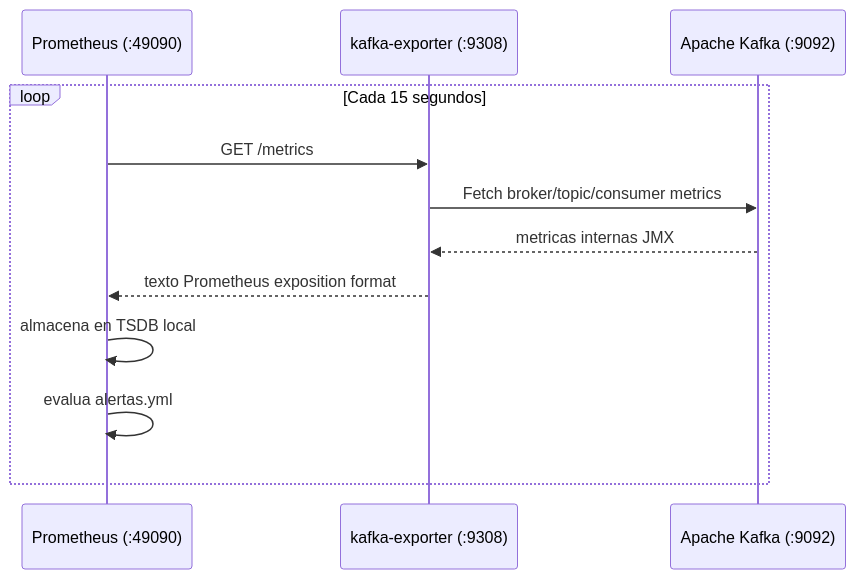
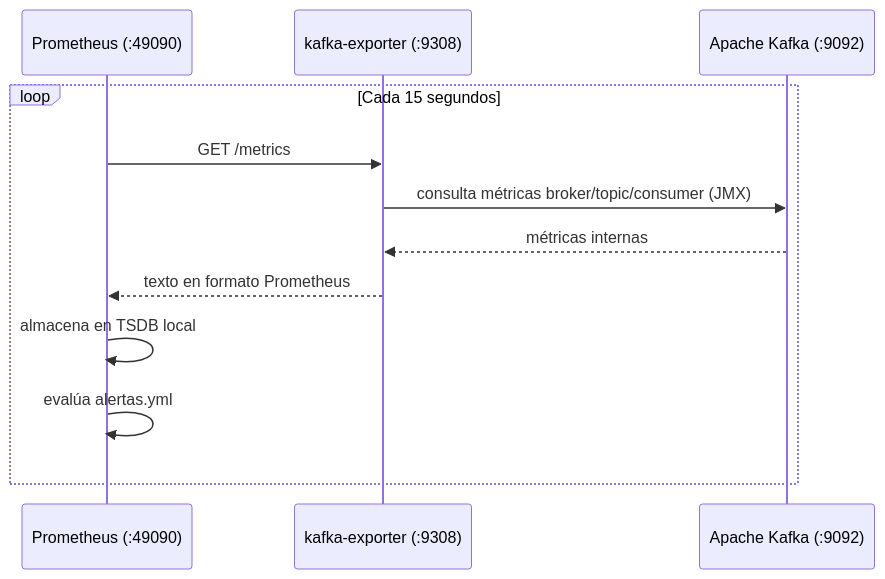
The diagram in docs/observabilidad/prometheus.md (AlessandroPastor/BigData), drawn with Mermaid before and after one commit. The commit also changed other lines of this file and 28 other files, not shown here.

````diff
--- a/docs/observabilidad/prometheus.md
+++ b/docs/observabilidad/prometheus.md
@@ -100,15 +93,15 @@
 ```mermaid
 sequenceDiagram
     participant PROM as Prometheus (:49090)
     participant EXP as kafka-exporter (:9308)
     participant KAFKA as Apache Kafka (:9092)
 
     loop Cada 15 segundos
         PROM->>EXP: GET /metrics
-        EXP->>KAFKA: Fetch broker/topic/consumer metrics
-        KAFKA-->>EXP: metricas internas JMX
-        EXP-->>PROM: texto Prometheus exposition format
+        EXP->>KAFKA: consulta métricas broker/topic/consumer (JMX)
+        KAFKA-->>EXP: métricas internas
+        EXP-->>PROM: texto en formato Prometheus
         PROM->>PROM: almacena en TSDB local
-        PROM->>PROM: evalua alertas.yml
+        PROM->>PROM: evalúa alertas.yml
     end
 ```
````
